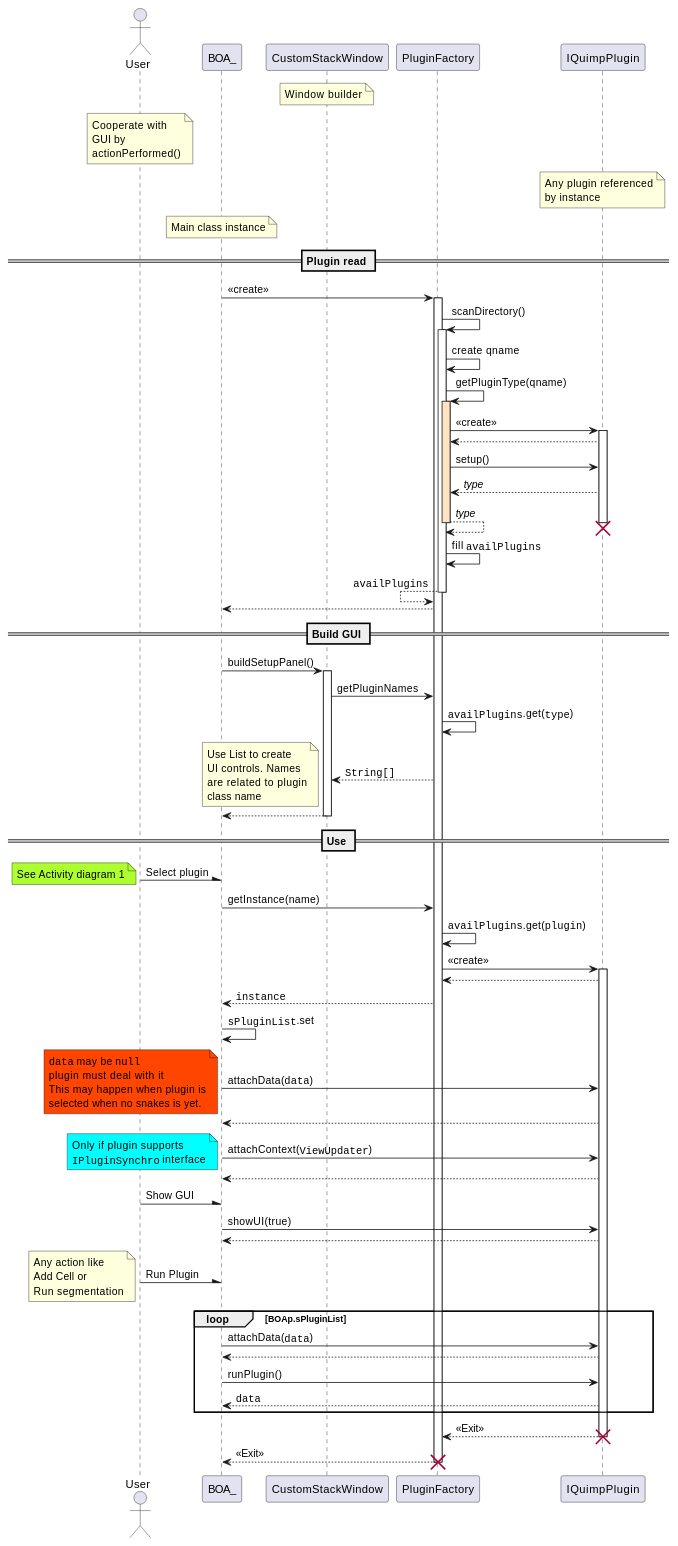
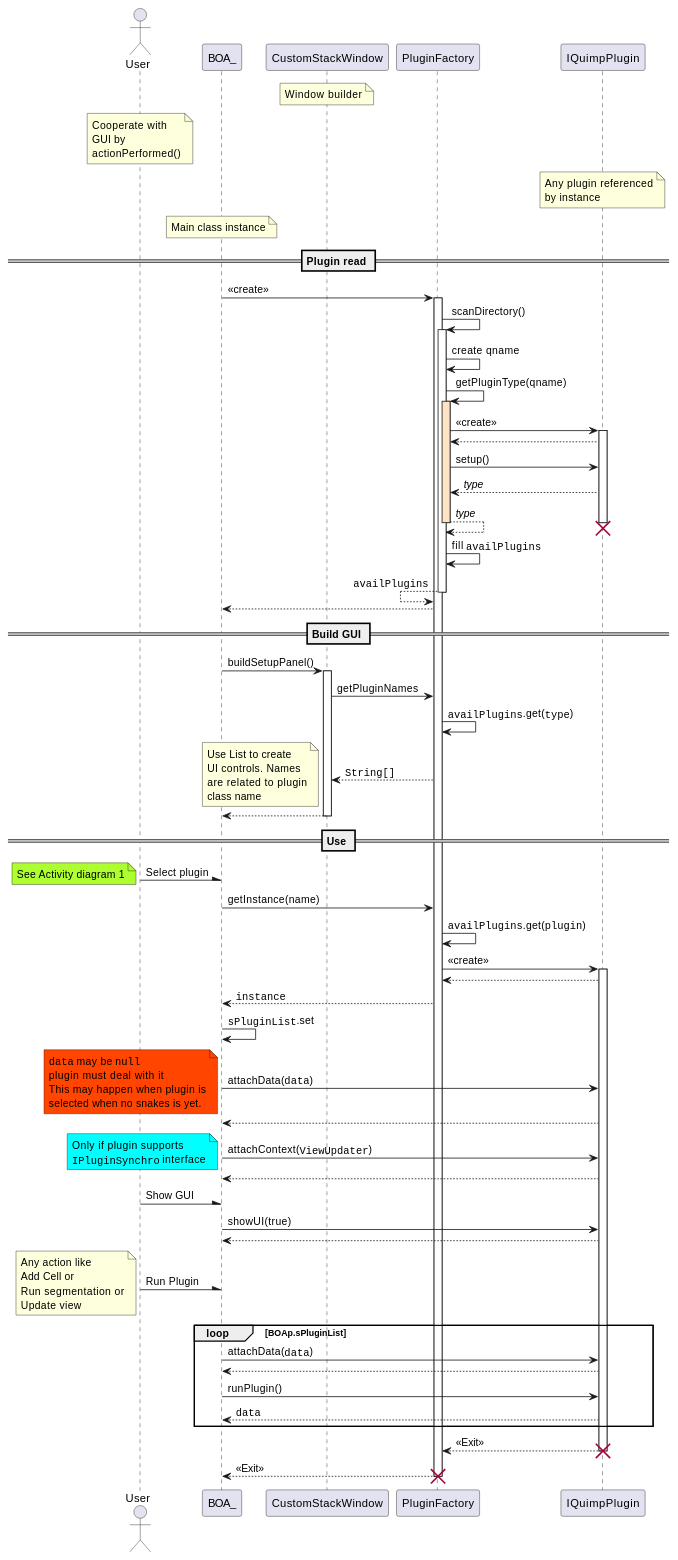
One commit to CellDynamics/QuimP changed the second of 7 diagrams in Doxygen_doc/SnakePlugin.md. Above: the diagram before and after it, drawn with PlantUML. The commit also changed other lines of this file and 2 other files, not shown here.

```diff
--- a/Doxygen_doc/SnakePlugin.md
+++ b/Doxygen_doc/SnakePlugin.md
@@ -153,7 +155,7 @@
 Plugin --> QuimP
 
 User -\ QuimP : Run Plugin
-note left: Any action like\nAdd Cell or\nRun segmentation
+note left: Any action like\nAdd Cell or\nRun segmentation or\nUpdate view
 loop BOAp.sPluginList
     QuimP -> Plugin : attachData(""data"")
     Plugin --> QuimP
```
